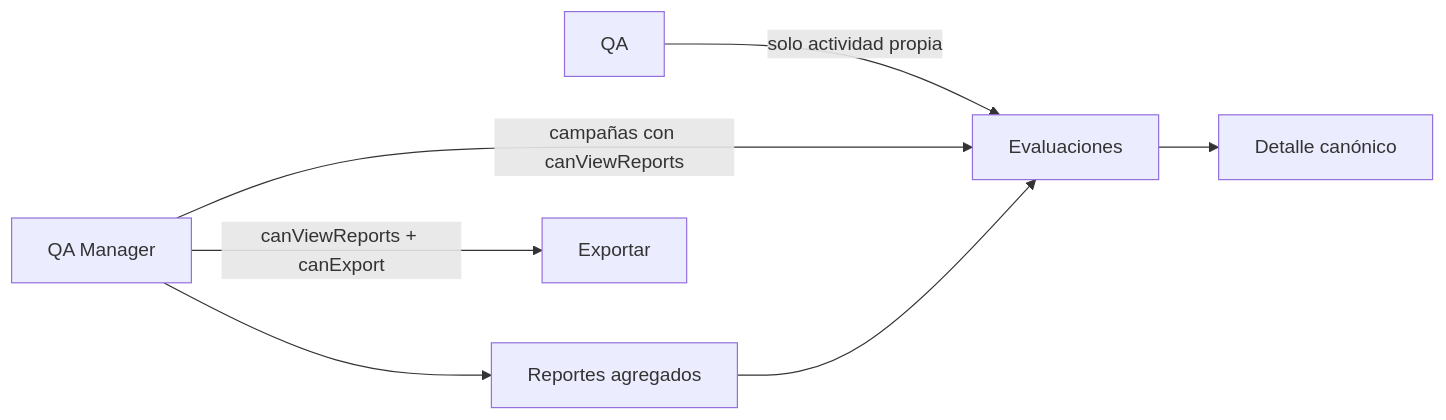
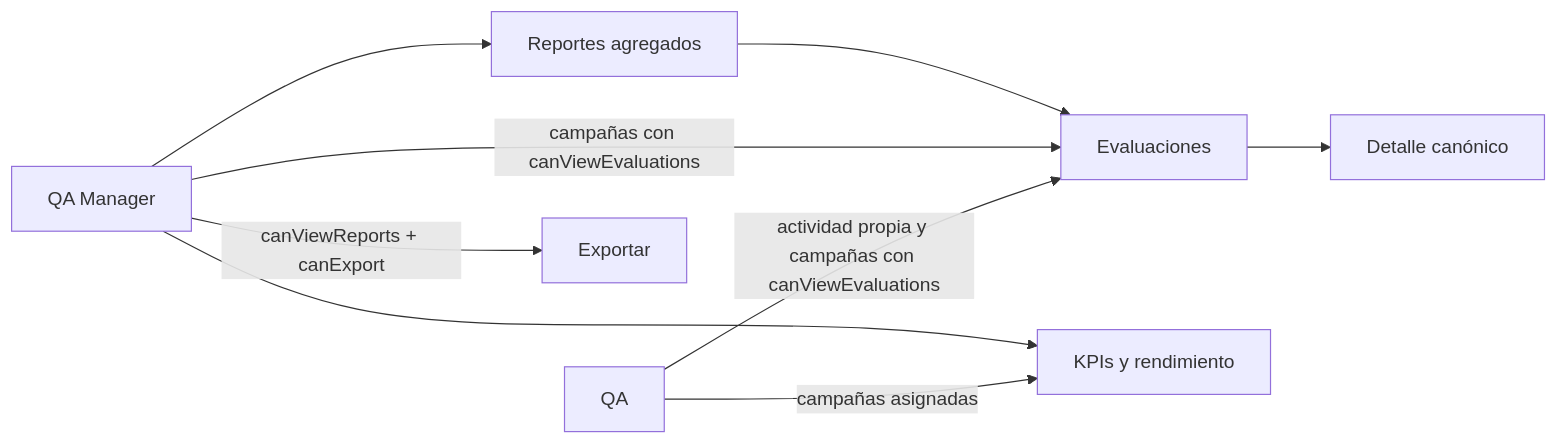
One commit to HansAbele/qa_form_creator_v2 changed the diagram in docs/information-architecture-and-access.md. Above: the diagram before and after it, drawn with Mermaid. The commit also changed other lines of this file and 40 other files, not shown here.

````diff
--- a/docs/information-architecture-and-access.md
+++ b/docs/information-architecture-and-access.md
@@ -9,9 +9,11 @@
 ```mermaid
 flowchart LR
-  QA["QA"] -->|"solo actividad propia"| EV["Evaluaciones"]
-  QM["QA Manager"] -->|"campañas con canViewReports"| EV
+  QA["QA"] -->|"actividad propia y campañas con canViewEvaluations"| EV["Evaluaciones"]
+  QM["QA Manager"] -->|"campañas con canViewEvaluations"| EV
   EV --> DT["Detalle canónico"]
+  QA -->|"campañas asignadas"| AN["KPIs y rendimiento"]
+  QM --> AN
   QM --> RP["Reportes agregados"]
   RP --> EV
   QM -->|"canViewReports + canExport"| EX["Exportar"]
 ```
````
